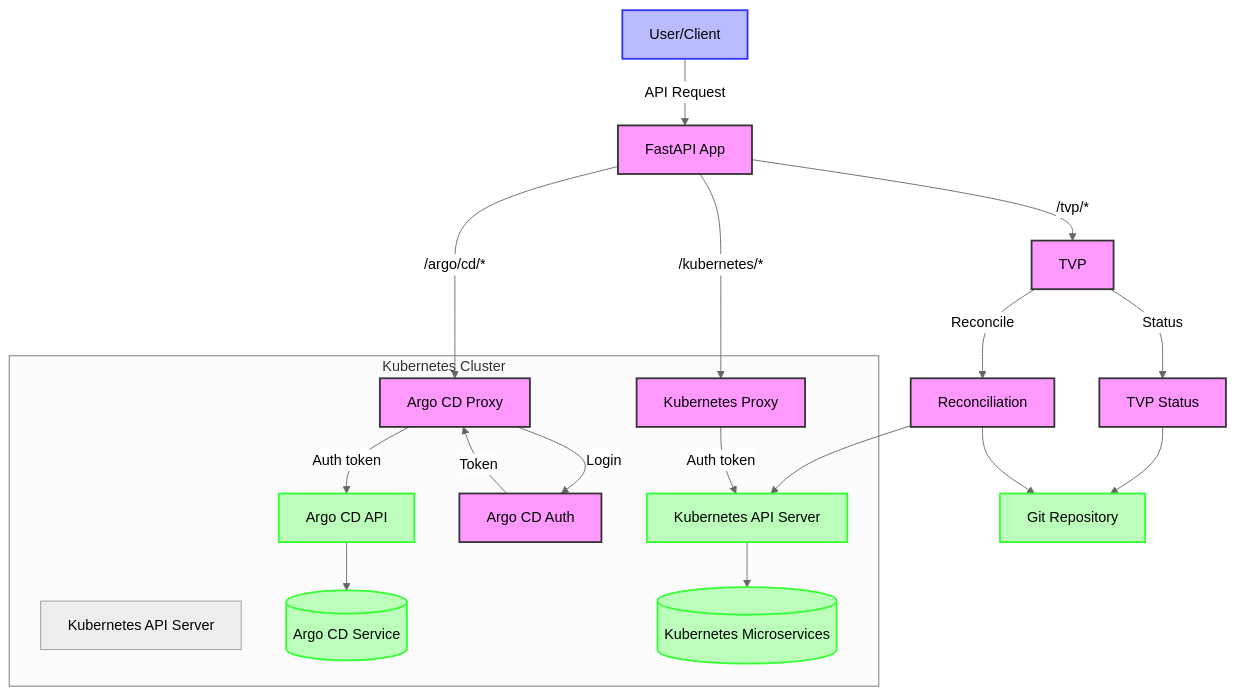
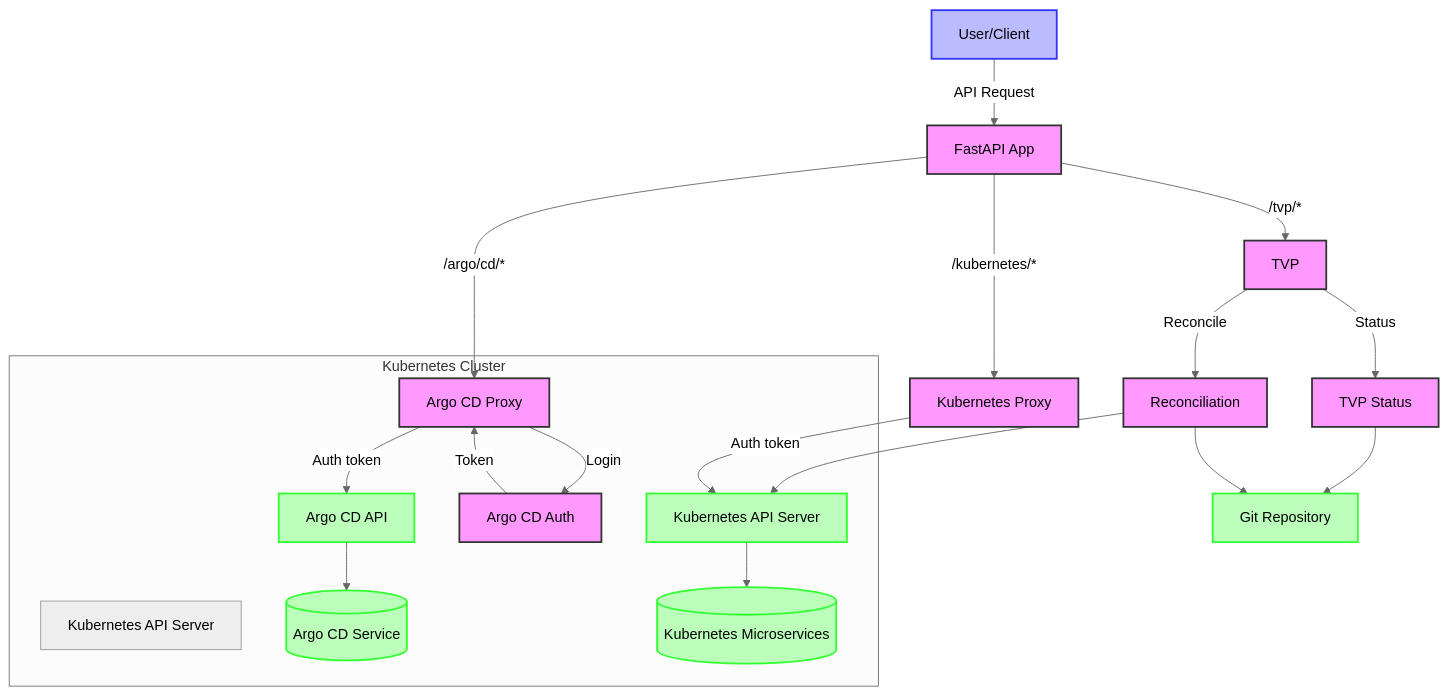
Before and after one commit to lloydchang/tvp-k8s: the diagram in fastapi/mermaid/data-flow-diagram.mermaid, drawn with Mermaid (neutral theme).

```diff
--- a/fastapi/mermaid/data-flow-diagram.mermaid
+++ b/fastapi/mermaid/data-flow-diagram.mermaid
@@ -1,32 +1,33 @@
 flowchart TD
     User[User/Client] -->|API Request| API[FastAPI App]
     
     API -->|/kubernetes/*| KP[Kubernetes Proxy]
     API -->|/argo/cd/*| AP[Argo CD Proxy]
     API -->|/tvp/*| TVP[TVP]
         
     TVP -->|Status| TS[TVP Status]
     TVP -->|Reconcile| R[Reconciliation]
     
     TS --> Git[Git Repository]
     R --> Git
     R --> KA
 
+    KP -->|Auth token| KA[Kubernetes API Server]
+    AP -->|Login| Auth[Argo CD Auth]
+
     subgraph "Kubernetes Cluster"
-        KP -->|Auth token| KA[Kubernetes API Server]
-        AP -->|Login| Auth[Argo CD Auth]
         Auth -->|Token| AP
         AP -->|Auth token| AA[Argo CD API]
         KubernetesAPI[Kubernetes API Server]
         ArgoCD[Argo CD]
         KA --> Kubernetes[(Kubernetes Microservices)]
         AA --> ArgoCD[(Argo CD Service)]
     end
     
     classDef user fill:#bbf,stroke:#33f,stroke-width:2px
     classDef app fill:#f9f,stroke:#333,stroke-width:2px
     classDef external fill:#bfb,stroke:#3f3,stroke-width:2px
     
     class User user
     class API,KP,AP,TVP,TS,R,Auth app
     class Kubernetes,ArgoCD,Git,KA,AA external
```
